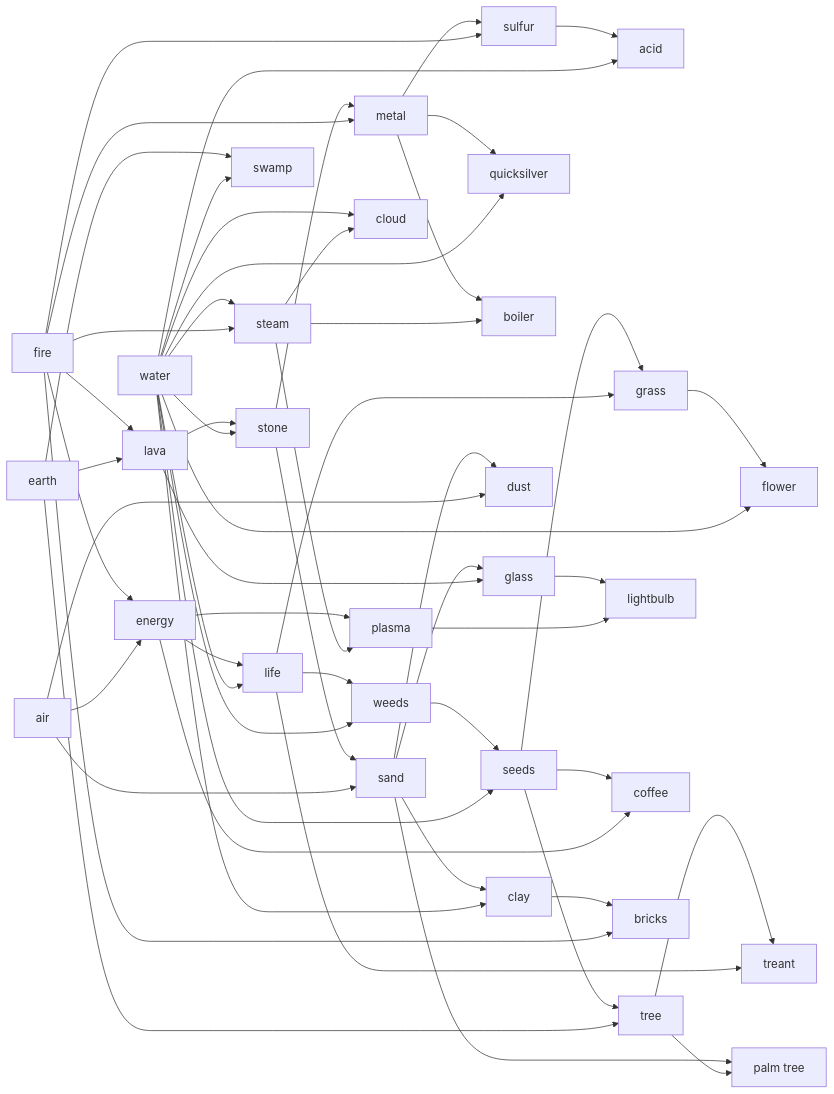
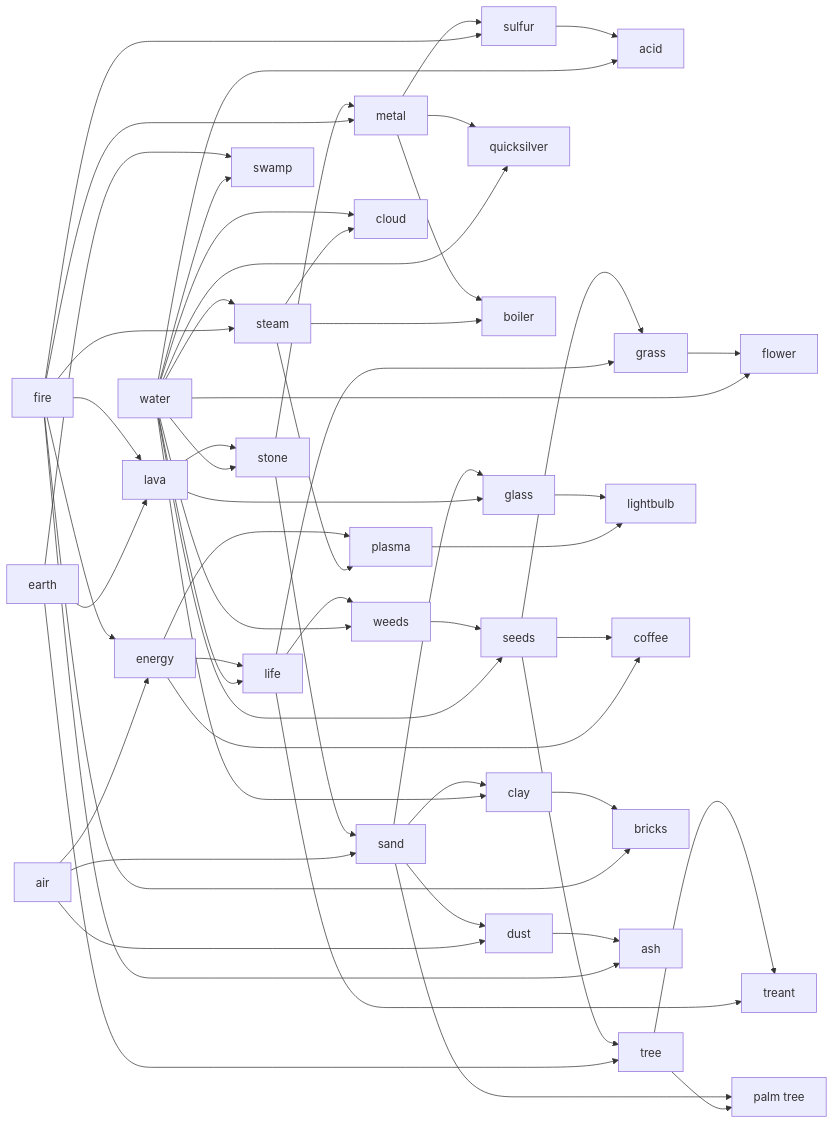
The diagram in README.md (res0nat0r/doodle-god), drawn with Mermaid before and after one commit.

````diff
--- a/README.md
+++ b/README.md
@@ -84,4 +84,7 @@
 
 clay --> bricks
 fire --> bricks
+
+dust --> ash
+fire --> ash
 ```
````
